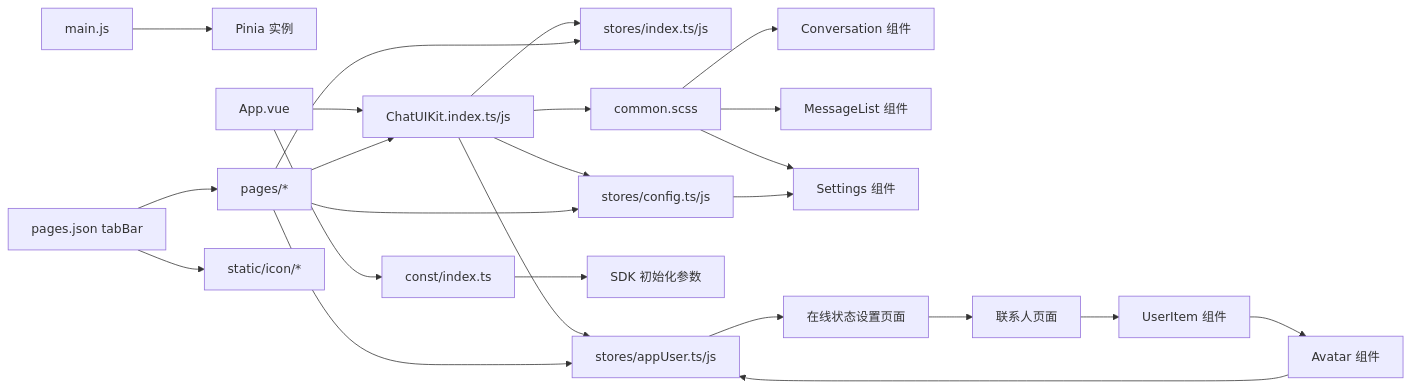
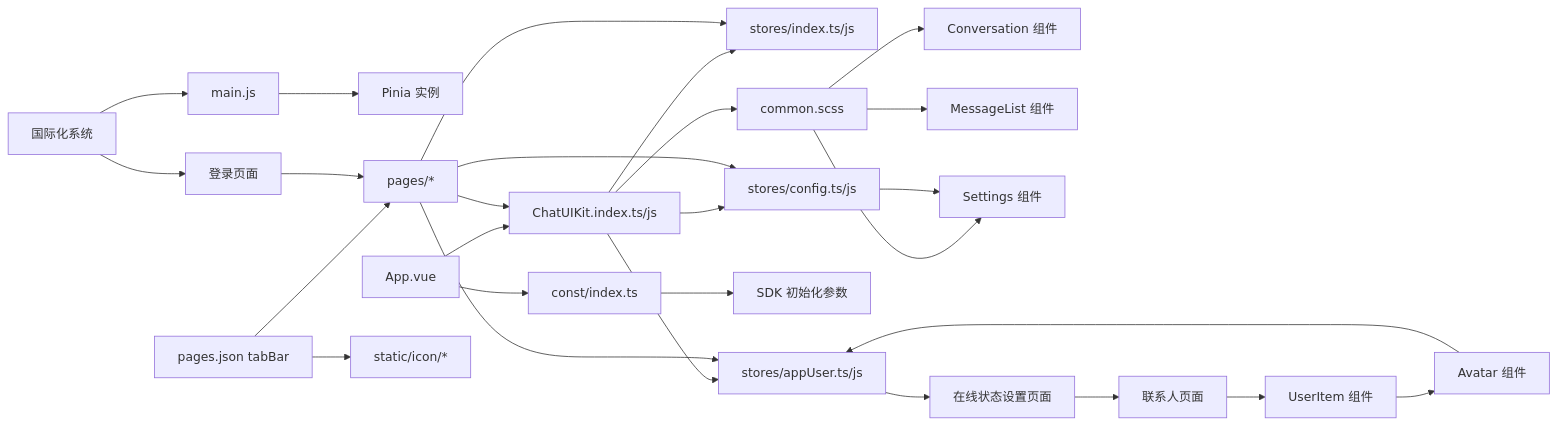
One commit to Easemob-Community/easemob-uikit-uniapp-community changed diagram 14 of 14 in .qoder/repowiki/zh/content/示例应用/示例应用.md. Above: the diagram before and after it, drawn with Mermaid. The commit also changed other lines of this file and 5 other files, not shown here.

````diff
--- a/.qoder/repowiki/zh/content/示例应用/示例应用.md
+++ b/.qoder/repowiki/zh/content/示例应用/示例应用.md
@@ -980,26 +1090,29 @@
 ```mermaid
 graph LR
 MAIN["main.js"] --> PINIA["Pinia 实例"]
 APP["App.vue"] --> KIT["ChatUIKit.index.ts/js"]
 KIT --> STORES["stores/index.ts/js"]
 KIT --> CONFIG["stores/config.ts/js"]
 KIT --> APPUSER["stores/appUser.ts/js"]
 APP --> CONST["const/index.ts"]
 CONST --> SDKCFG["SDK 初始化参数"]
 PAGE["pages/*"] --> KIT
 PAGE --> STORES
 PAGE --> CONFIG
 PAGE --> APPUSER
 TABBAR["pages.json tabBar"] --> PAGE
 TABBAR --> ICONS["static/icon/*"]
 STYLE["common.scss"] --> CONVERSATION["Conversation 组件"]
 STYLE --> MESSAGE["MessageList 组件"]
 STYLE --> SETTINGS["Settings 组件"]
 KIT --> STYLE
 CONFIG --> SETTINGS
 APPUSER --> PRESENCE["在线状态设置页面"]
 PRESENCE --> CONTACTLIST["联系人页面"]
 CONTACTLIST --> USERITEM["UserItem 组件"]
 USERITEM --> AVATAR["Avatar 组件"]
 AVATAR --> APPUSER
+I18N["国际化系统"] --> MAIN
+I18N --> LOGIN["登录页面"]
+LOGIN --> PAGE
 ```
````
